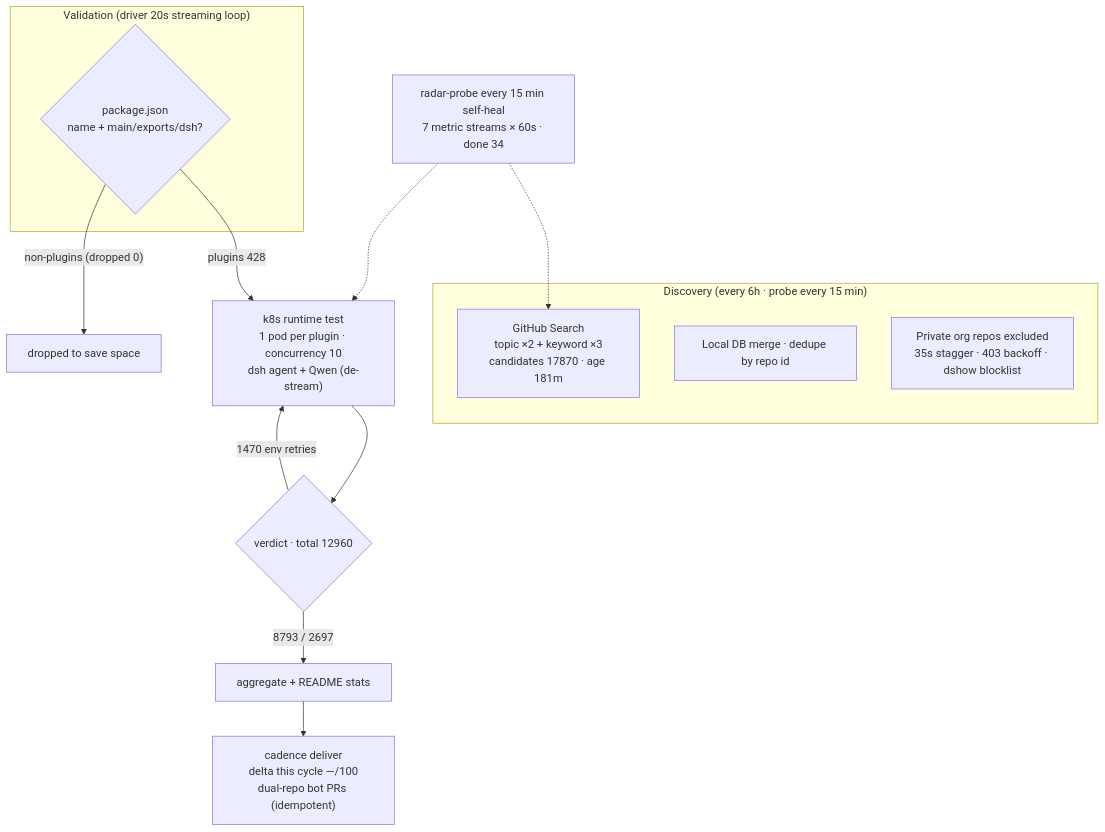
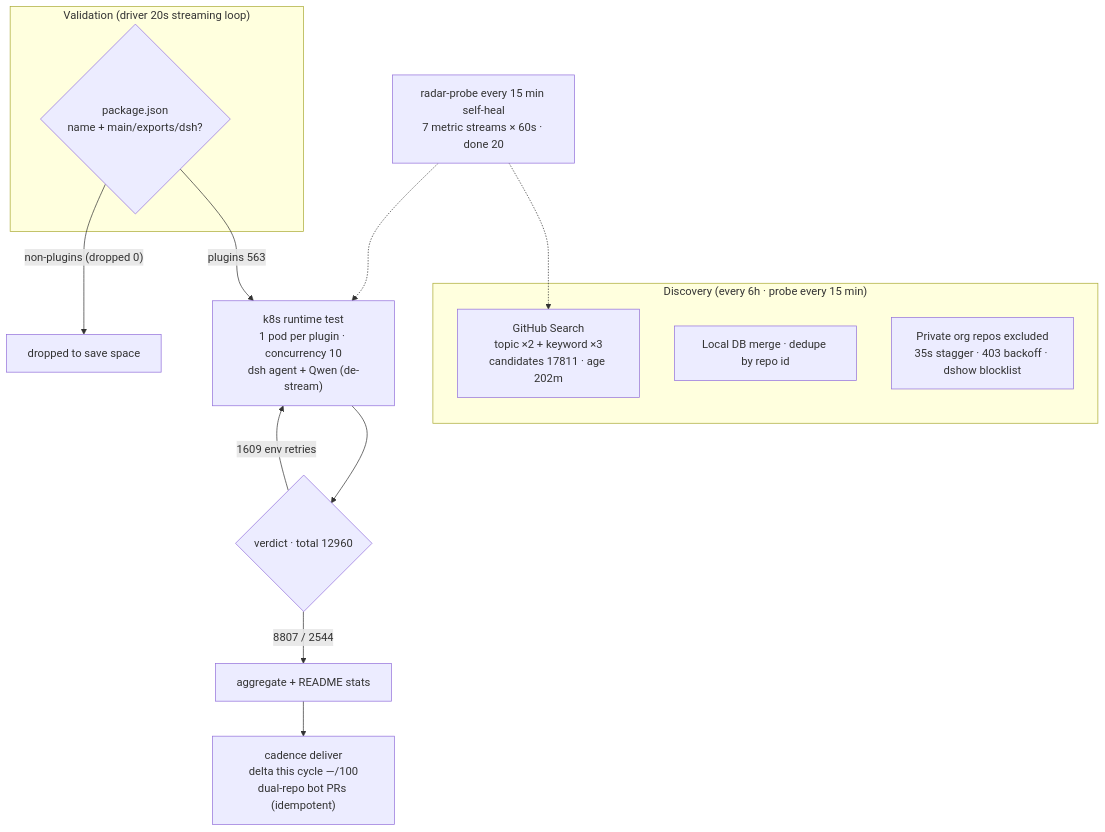
The diagram in README.en-US.md (Zhidao-Lab-OSS/awesome-dsh-plugins), drawn with Mermaid before and after one commit. The commit also changed other lines of this file and 1 other file, not shown here.

````diff
--- a/README.en-US.md
+++ b/README.en-US.md
@@ -45,20 +45,20 @@
 ```mermaid
 flowchart TB
     subgraph Discovery["Discovery (every 6h · probe every 15 min)"]
-        A1["GitHub Search<br/>topic ×2 + keyword ×3<br/>candidates 17870 · age 181m"]
+        A1["GitHub Search<br/>topic ×2 + keyword ×3<br/>candidates 17811 · age 202m"]
         A2["Local DB merge · dedupe by repo id"]
         A3["Private org repos excluded<br/>35s stagger · 403 backoff · dshow blocklist"]
     end
     subgraph Validation["Validation (driver 20s streaming loop)"]
         B1{"package.json<br/>name + main/exports/dsh?"}
     end
-    B1 -->|"plugins 428"| C1["k8s runtime test<br/>1 pod per plugin · concurrency 10<br/>dsh agent + Qwen (de-stream)"]
+    B1 -->|"plugins 563"| C1["k8s runtime test<br/>1 pod per plugin · concurrency 10<br/>dsh agent + Qwen (de-stream)"]
     B1 -->|"non-plugins (dropped 0)"| B3["dropped to save space"]
     C1 --> D1{"verdict · total 12960"}
-    D1 -->|"8793 / 2697"| E1["aggregate + README stats"]
-    D1 -->|"1470 env retries"| C1
+    D1 -->|"8807 / 2544"| E1["aggregate + README stats"]
+    D1 -->|"1609 env retries"| C1
     E1 --> E2["cadence deliver<br/>delta this cycle —/100<br/>dual-repo bot PRs (idempotent)"]
-    M["radar-probe every 15 min self-heal<br/>7 metric streams × 60s · done 34"]
+    M["radar-probe every 15 min self-heal<br/>7 metric streams × 60s · done 20"]
     M -.-> A1
     M -.-> C1
 ```
````
